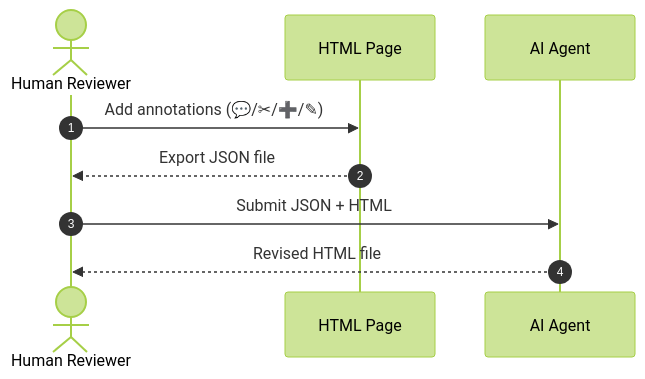
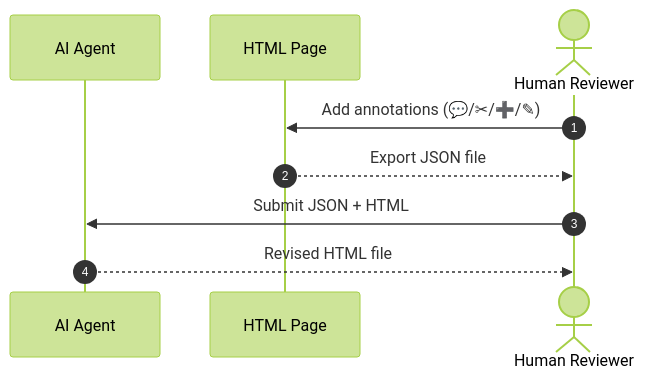
Before and after one commit to cheahhl814/html-template-pack: the diagram in README.md, drawn with Mermaid (forest theme). The commit also changed other lines of this file, not shown here.

First line of the commit message:
docs: reorder Review Cycle Mermaid diagram participants

````diff
--- a/README.md
+++ b/README.md
@@ -149,12 +149,12 @@
 ```mermaid
 sequenceDiagram
     autonumber
+    participant Agent as AI Agent
+    participant Page as HTML Page
     actor Human as Human Reviewer
-    participant Page as HTML Page
-    participant Agent as AI Agent
 
     Human->>Page: Add annotations (💬/✂/➕/✎)
     Page-->>Human: Export JSON file
     Human->>Agent: Submit JSON + HTML
     Agent-->>Human: Revised HTML file
 ```
````
